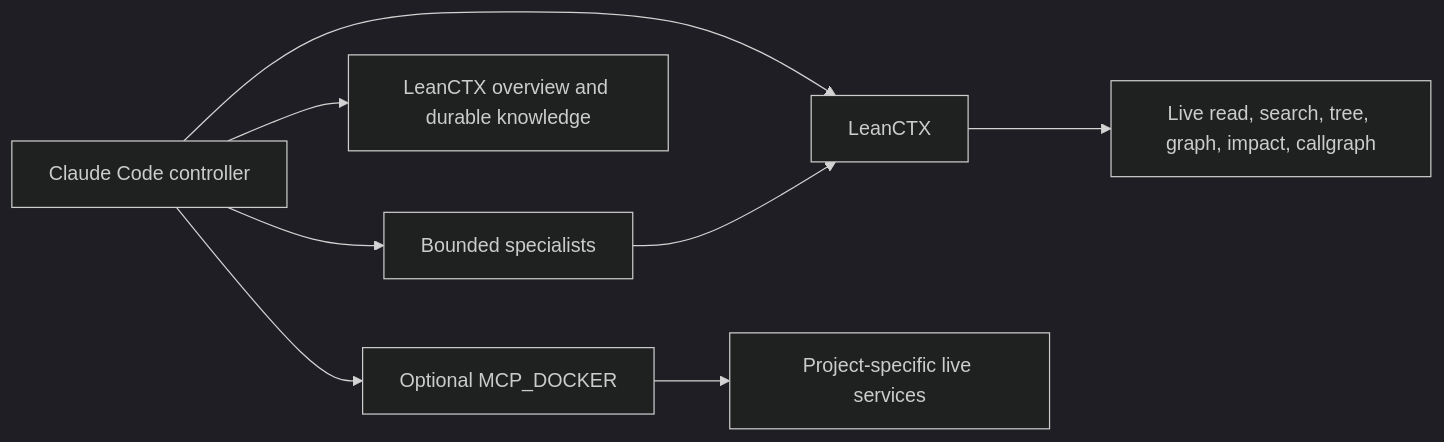
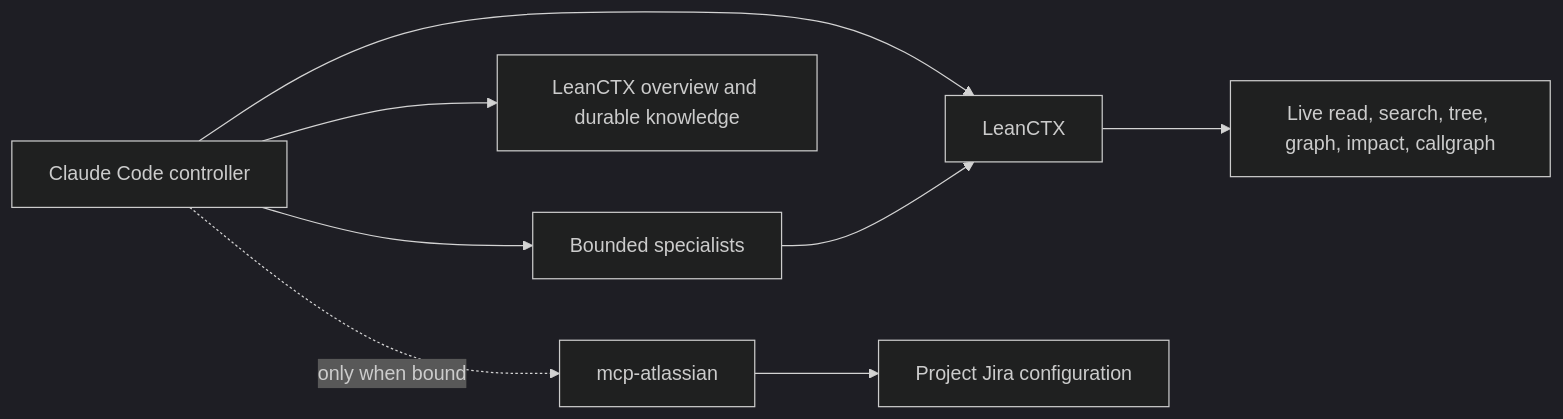
Before and after one commit to orichum/claudex-workflow: the third of 4 diagrams in docs/architecture.md, drawn with Mermaid (dark theme). The commit also changed other lines of this file and 41 other files, not shown here.

Commit message:
Simplify project-bound Jira integration

````diff
--- a/docs/architecture.md
+++ b/docs/architecture.md
@@ -43,10 +43,10 @@
 ```mermaid
 flowchart LR
     C["Claude Code controller"] --> L["LeanCTX"]
     C --> A["Bounded specialists"]
     A --> L
     L --> S["Live read, search, tree, graph, impact, callgraph"]
     C --> K["LeanCTX overview and durable knowledge"]
-    C --> D["Optional MCP_DOCKER"]
-    D --> X["Project-specific live services"]
+    C -. "only when bound" .-> D["mcp-atlassian"]
+    D --> X["Project Jira configuration"]
 ```
````
